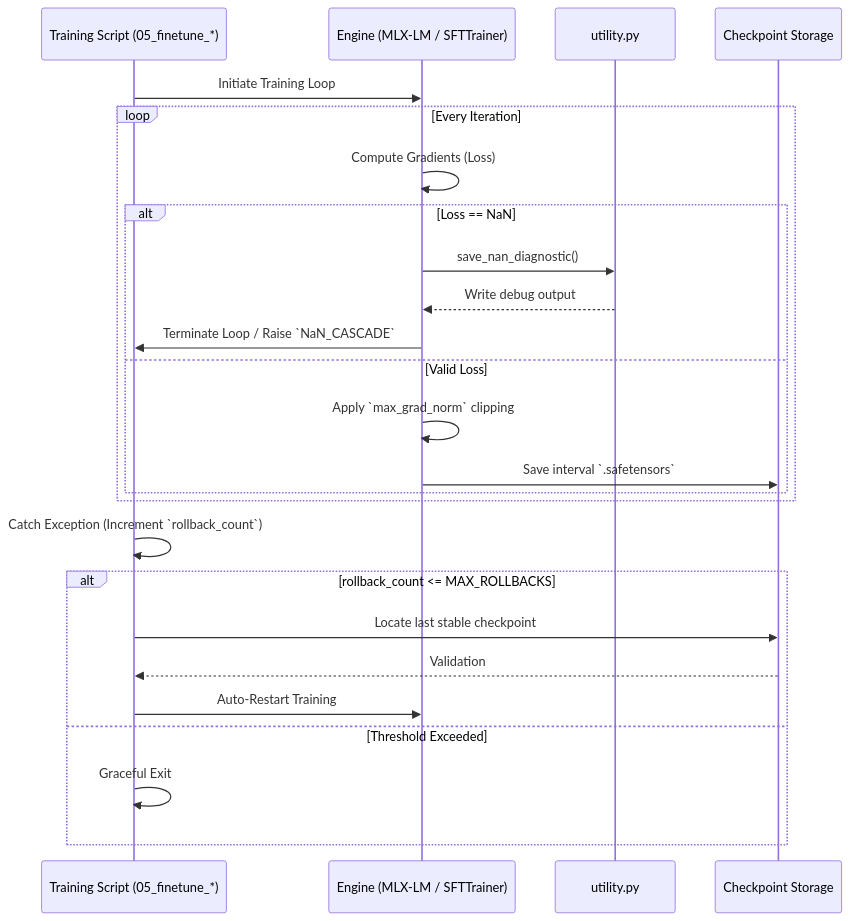
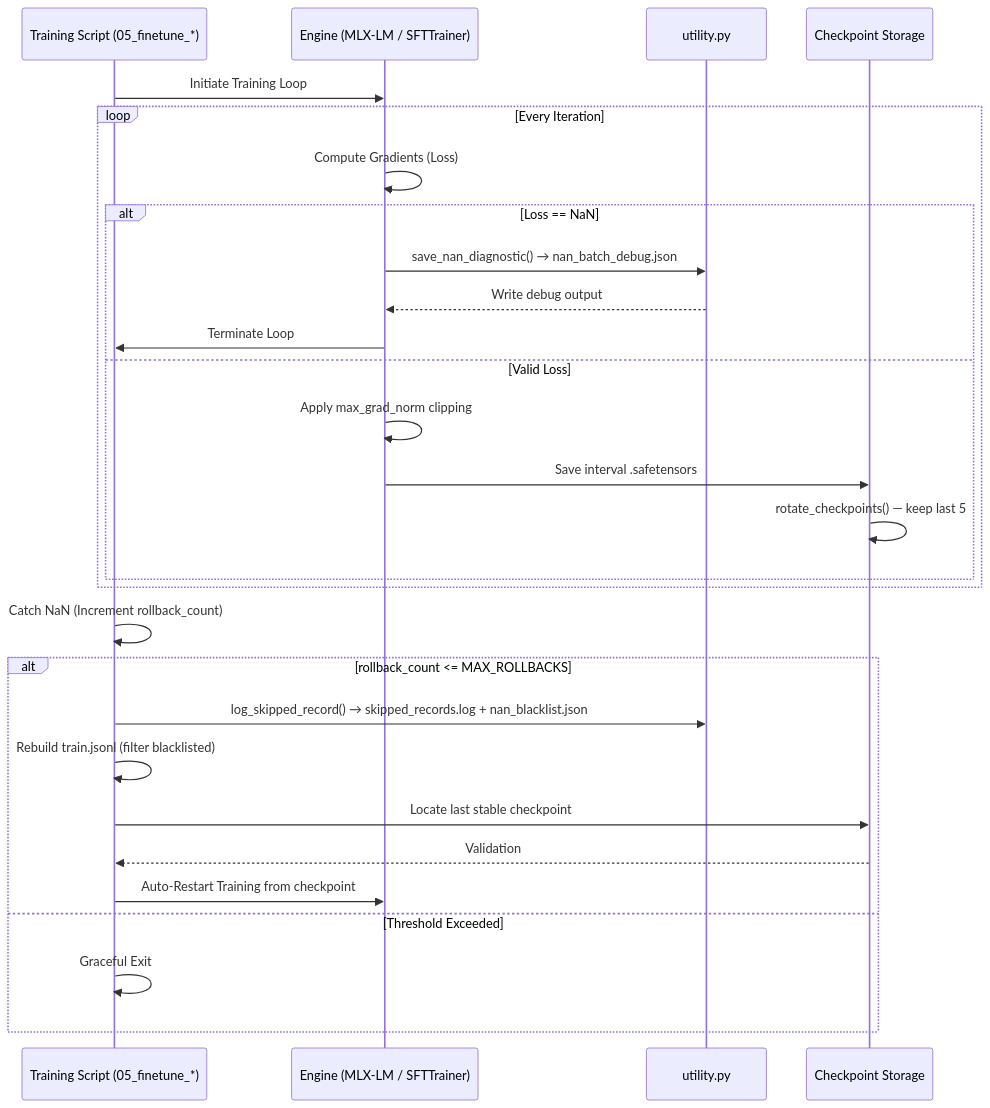
Before and after one commit to assignarc/TLF-LLM-Pipeline: the third of 4 diagrams in README.md, drawn with Mermaid. The commit also changed other lines of this file and 1 other file, not shown here.

````diff
--- a/README.md
+++ b/README.md
@@ -297,29 +278,33 @@
 ```mermaid
+%%{init: {'themeVariables': {'fontSize': '11px'}}}%%
 sequenceDiagram
     participant Script as Training Script (05_finetune_*)
     participant Engine as Engine (MLX-LM / SFTTrainer)
     participant Util as utility.py
     participant Disk as Checkpoint Storage
-  
+
     Script->>Engine: Initiate Training Loop
     loop Every Iteration
         Engine->>Engine: Compute Gradients (Loss)
         alt Loss == NaN
-            Engine->>Util: save_nan_diagnostic()
+            Engine->>Util: save_nan_diagnostic() → nan_batch_debug.json
             Util-->>Engine: Write debug output
-            Engine->>Script: Terminate Loop / Raise `NaN_CASCADE`
+            Engine->>Script: Terminate Loop
         else Valid Loss
-            Engine->>Engine: Apply `max_grad_norm` clipping
-            Engine->>Disk: Save interval `.safetensors`
+            Engine->>Engine: Apply max_grad_norm clipping
+            Engine->>Disk: Save interval .safetensors
+            Disk->>Disk: rotate_checkpoints() — keep last 5
         end
     end
-  
-    Script->>Script: Catch Exception (Increment `rollback_count`)
+
+    Script->>Script: Catch NaN (Increment rollback_count)
     alt rollback_count <= MAX_ROLLBACKS
+        Script->>Util: log_skipped_record() → skipped_records.log + nan_blacklist.json
+        Script->>Script: Rebuild train.jsonl (filter blacklisted)
         Script->>Disk: Locate last stable checkpoint
         Disk-->>Script: Validation
-        Script->>Engine: Auto-Restart Training
+        Script->>Engine: Auto-Restart Training from checkpoint
     else Threshold Exceeded
         Script->>Script: Graceful Exit
     end
 ```
````
